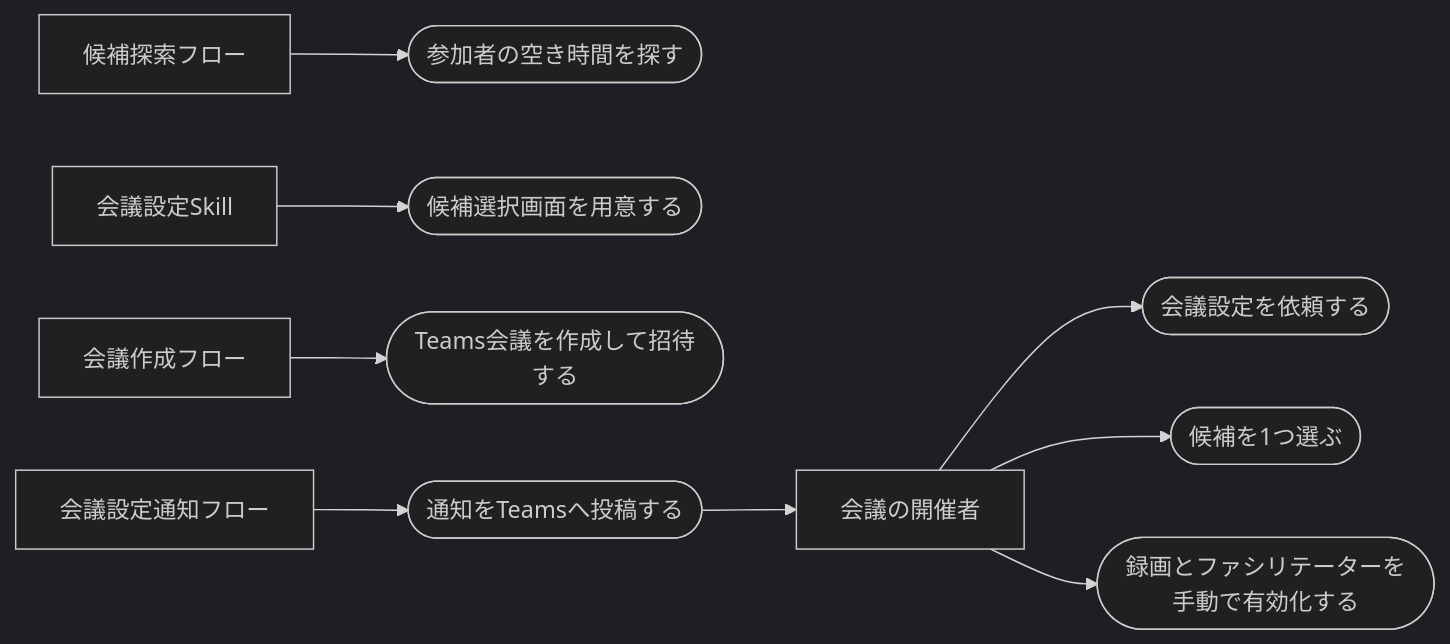
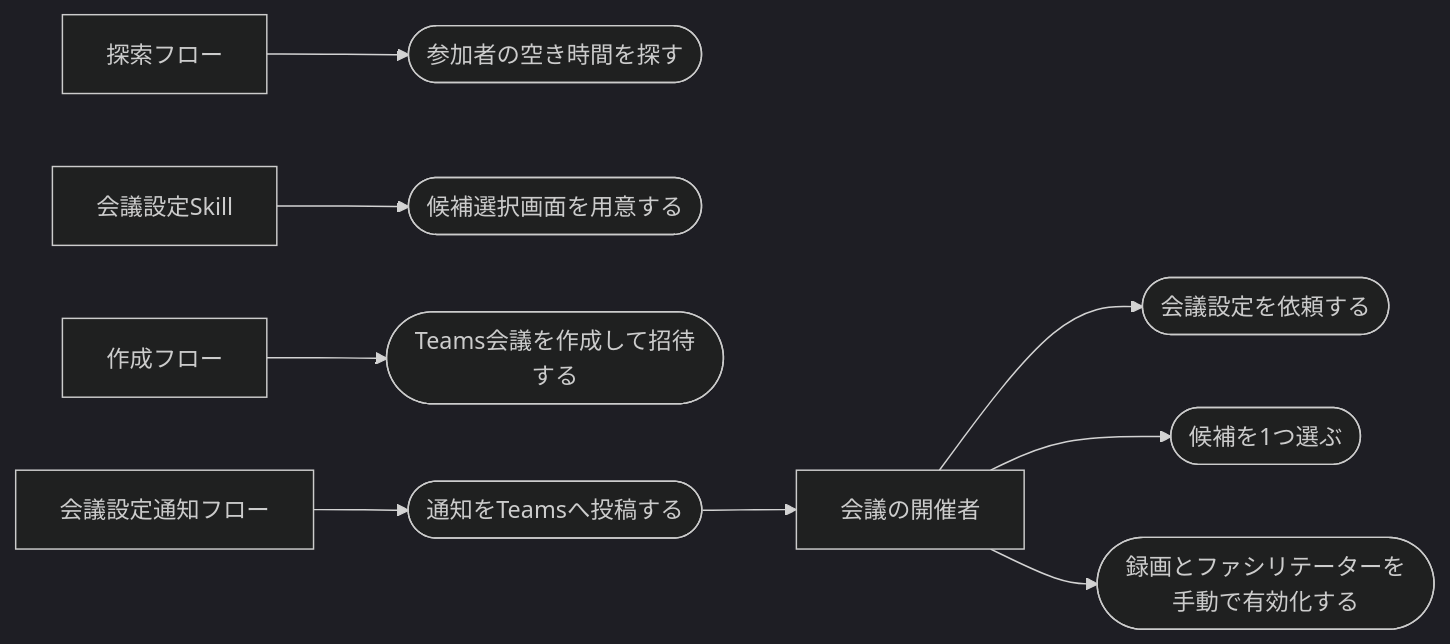
Before and after one commit to dnode-ryosuke-yamazaki/study: the diagram in apps/meeting-setup-automation/specs/meeting-scheduling/requirements.md, drawn with Mermaid (dark theme). The commit also changed other lines of this file and 2 other files, not shown here.

Commit message:
docs(meeting-setup-automation): 5回目の仕様レビュー指摘への対応
- 待ち上限の実測反映を候補側と作成側のそれぞれに適用し、E2にも置き換え規則を書く
- ユースケース図のフローの呼称を探索フロー・作成フローに揃える
- 期間の拡張でも対象とする曜日を変えないことをdesignに明記する

````diff
--- a/apps/meeting-setup-automation/specs/meeting-scheduling/requirements.md
+++ b/apps/meeting-setup-automation/specs/meeting-scheduling/requirements.md
@@ -27,25 +27,25 @@
 ```mermaid
 flowchart LR
     organizer["会議の開催者"]
     skill["会議設定Skill"]
-    searchflow["候補探索フロー"]
-    createflow["会議作成フロー"]
+    searchflow["探索フロー"]
+    createflow["作成フロー"]
     notifyflow["会議設定通知フロー"]
 
     uc1(["会議設定を依頼する"])
     uc2(["参加者の空き時間を探す"])
     uc3(["候補選択画面を用意する"])
     uc4(["候補を1つ選ぶ"])
     uc5(["Teams会議を作成して招待する"])
     uc6(["録画とファシリテーターを手動で有効化する"])
     uc7(["通知をTeamsへ投稿する"])
 
     organizer --> uc1
     organizer --> uc4
     organizer --> uc6
     searchflow --> uc2
     skill --> uc3
     createflow --> uc5
     notifyflow --> uc7
     uc7 --> organizer
 ```
````
